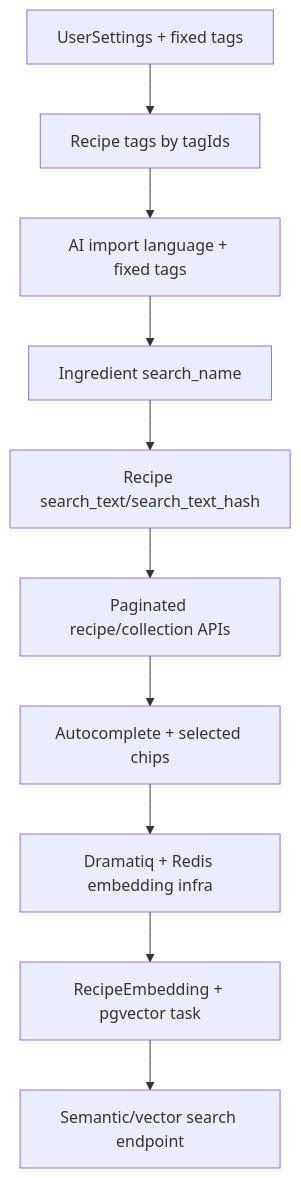
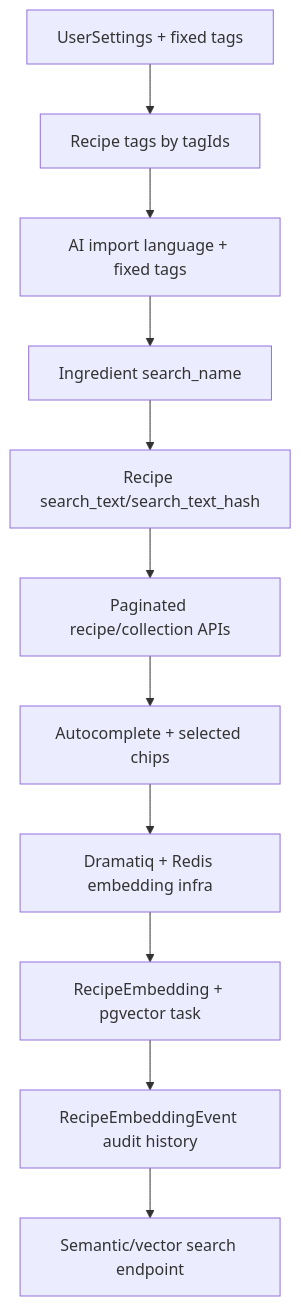
The fifth of 10 diagrams in docs/background-processing-plan.md (starkovalera/recipe-manager), drawn with Mermaid before and after one commit. The commit also changed other lines of this file and 39 other files, not shown here.

Commit message:
feat: add recipe embedding jobs

````diff
--- a/docs/background-processing-plan.md
+++ b/docs/background-processing-plan.md
@@ -446,12 +448,13 @@
 ```mermaid
 flowchart TD
   settings["UserSettings + fixed tags"] --> recipeTags["Recipe tags by tagIds"]
   recipeTags --> ai["AI import language + fixed tags"]
   ai --> ingredients["Ingredient search_name"]
   ingredients --> searchText["Recipe search_text/search_text_hash"]
   searchText --> pagination["Paginated recipe/collection APIs"]
   pagination --> autocomplete["Autocomplete + selected chips"]
   autocomplete --> workerInfra["Dramatiq + Redis embedding infra"]
   workerInfra --> embeddings["RecipeEmbedding + pgvector task"]
-  embeddings --> search["Semantic/vector search endpoint"]
+  embeddings --> embeddingEvents["RecipeEmbeddingEvent audit history"]
+  embeddingEvents --> search["Semantic/vector search endpoint"]
 ```
````
